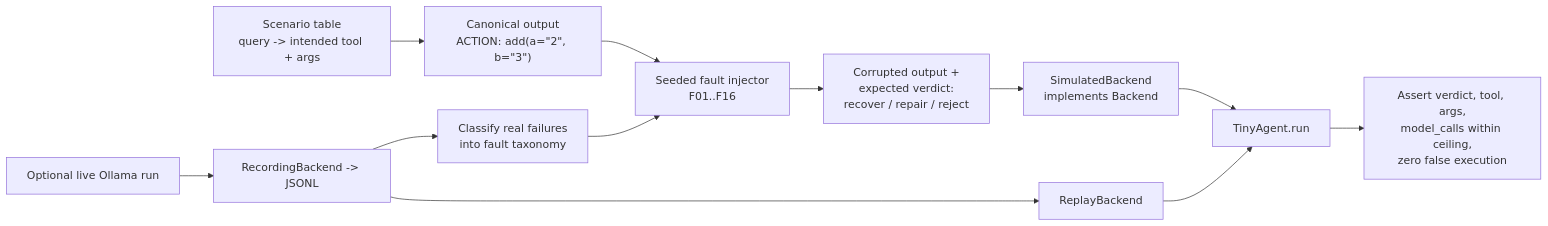
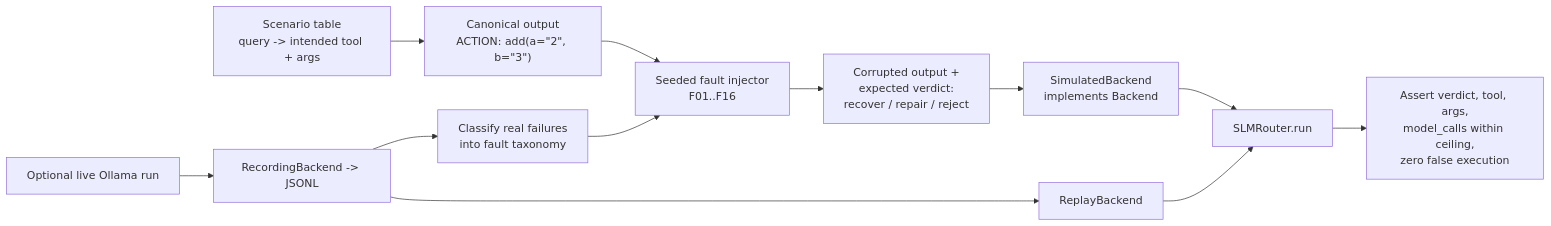
One commit to DYNAMOatGHUB/SLM-Router changed the sixth of 6 diagrams in ARCHITECTURE.md. Above: the diagram before and after it, drawn with Mermaid. The commit also changed other lines of this file and 61 other files, not shown here.

````diff
--- a/ARCHITECTURE.md
+++ b/ARCHITECTURE.md
@@ -562,14 +562,14 @@
 ```mermaid
 flowchart LR
     S["Scenario table<br/>query -> intended tool + args"] --> C["Canonical output<br/>ACTION: add(a=#quot;2#quot;, b=#quot;3#quot;)"]
     C --> FI["Seeded fault injector<br/>F01..F16"]
     FI --> O["Corrupted output +<br/>expected verdict:<br/>recover / repair / reject"]
     O --> SB["SimulatedBackend<br/>implements Backend"]
-    SB --> AG["TinyAgent.run"]
+    SB --> AG["SLMRouter.run"]
     AG --> CHK["Assert verdict, tool, args,<br/>model_calls within ceiling,<br/>zero false execution"]
     LIVE["Optional live Ollama run"] --> REC["RecordingBackend -> JSONL"]
     REC --> RB["ReplayBackend"]
     RB --> AG
     REC --> CAL["Classify real failures<br/>into fault taxonomy"]
     CAL --> FI
 ```
````
